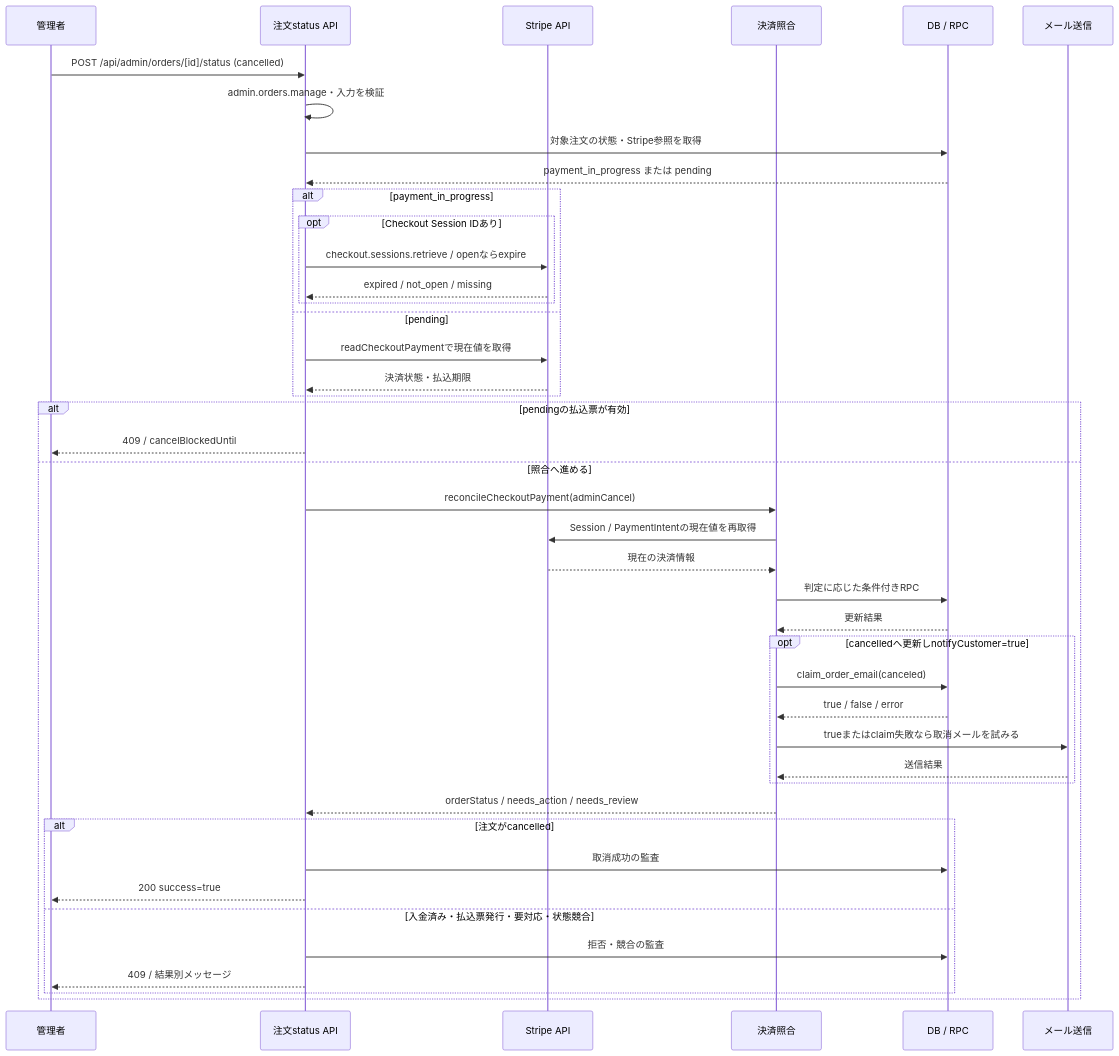
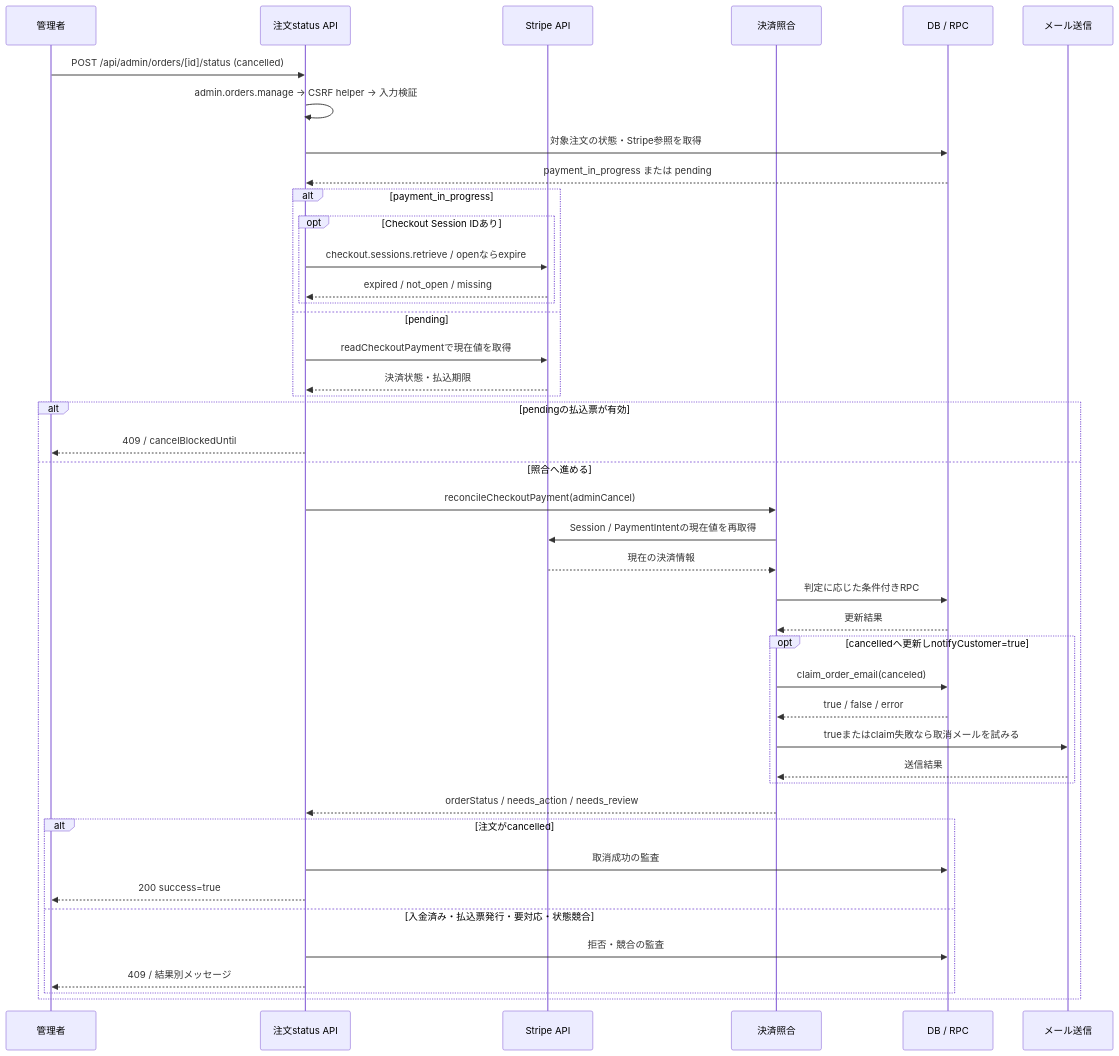
The first of 5 diagrams in docs/04_DetailDesign/sequence/order-administration.md (ChocoWork/o_official), drawn with Mermaid before and after one commit. The commit also changed other lines of this file and 1 other file, not shown here.

````diff
--- a/docs/04_DetailDesign/sequence/order-administration.md
+++ b/docs/04_DetailDesign/sequence/order-administration.md
@@ -32,45 +34,45 @@
 ```mermaid
 sequenceDiagram
     participant Admin as 管理者
     participant API as 注文status API
     participant Stripe as Stripe API
     participant Reconcile as 決済照合
     participant DB as DB / RPC
     participant Mail as メール送信
     Admin->>API: POST /api/admin/orders/[id]/status (cancelled)
-    API->>API: admin.orders.manage・入力を検証
+    API->>API: admin.orders.manage → CSRF helper → 入力検証
     API->>DB: 対象注文の状態・Stripe参照を取得
     DB-->>API: payment_in_progress または pending
     alt payment_in_progress
         opt Checkout Session IDあり
             API->>Stripe: checkout.sessions.retrieve / openならexpire
             Stripe-->>API: expired / not_open / missing
         end
     else pending
         API->>Stripe: readCheckoutPaymentで現在値を取得
         Stripe-->>API: 決済状態・払込期限
     end
     alt pendingの払込票が有効
         API-->>Admin: 409 / cancelBlockedUntil
     else 照合へ進める
         API->>Reconcile: reconcileCheckoutPayment(adminCancel)
         Reconcile->>Stripe: Session / PaymentIntentの現在値を再取得
         Stripe-->>Reconcile: 現在の決済情報
         Reconcile->>DB: 判定に応じた条件付きRPC
         DB-->>Reconcile: 更新結果
         opt cancelledへ更新しnotifyCustomer=true
             Reconcile->>DB: claim_order_email(canceled)
             DB-->>Reconcile: true / false / error
             Reconcile->>Mail: trueまたはclaim失敗なら取消メールを試みる
             Mail-->>Reconcile: 送信結果
         end
         Reconcile-->>API: orderStatus / needs_action / needs_review
         alt 注文がcancelled
             API->>DB: 取消成功の監査
             API-->>Admin: 200 success=true
         else 入金済み・払込票発行・要対応・状態競合
             API->>DB: 拒否・競合の監査
             API-->>Admin: 409 / 結果別メッセージ
         end
     end
 ```
````
